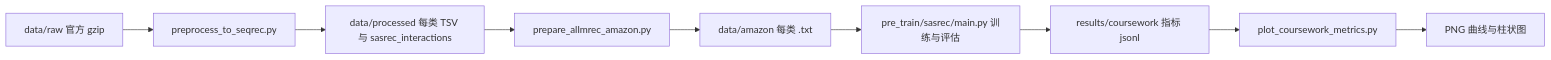
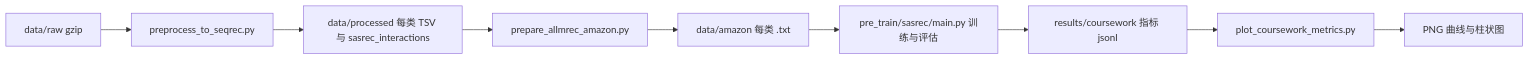
Before and after one commit to Szymka/amazon-reviews-sasrec-coursework: the diagram in docs/EXPERIMENT_GUIDE.md, drawn with Mermaid. The commit also changed other lines of this file and 7 other files, not shown here.

````diff
--- a/docs/EXPERIMENT_GUIDE.md
+++ b/docs/EXPERIMENT_GUIDE.md
@@ -7,11 +7,11 @@
 ```mermaid
 flowchart LR
-  R[data/raw 官方 gzip] --> P[preprocess_to_seqrec.py]
+  R[data/raw gzip] --> P[preprocess_to_seqrec.py]
   P --> PR[data/processed 每类 TSV 与 sasrec_interactions]
   PR --> A[prepare_allmrec_amazon.py]
   A --> AM[data/amazon 每类 .txt]
   AM --> S[pre_train/sasrec/main.py 训练与评估]
   S --> M[results/coursework 指标 jsonl]
   M --> PL[plot_coursework_metrics.py]
   PL --> FIG[PNG 曲线与柱状图]
 ```
````
